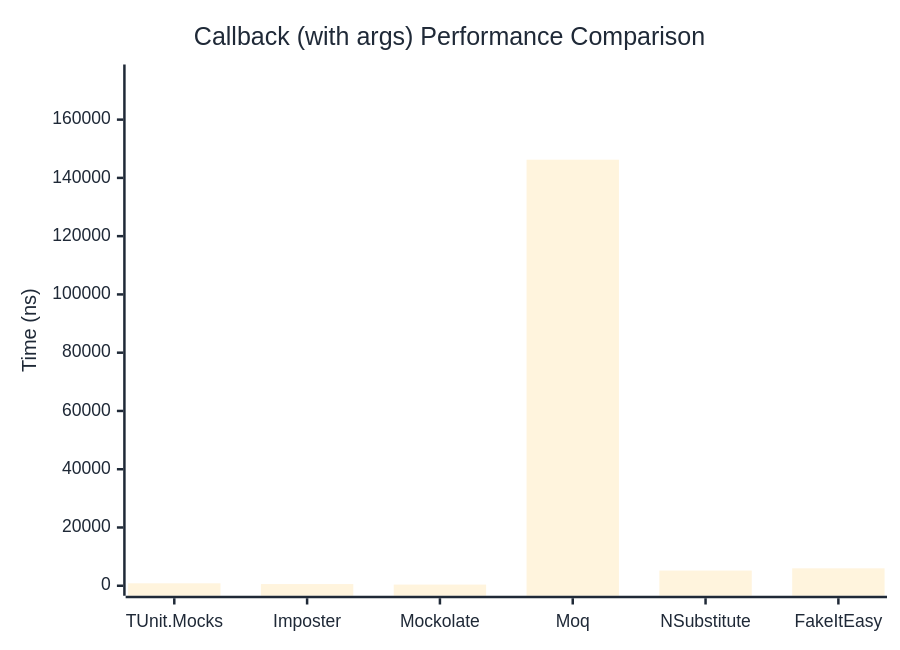
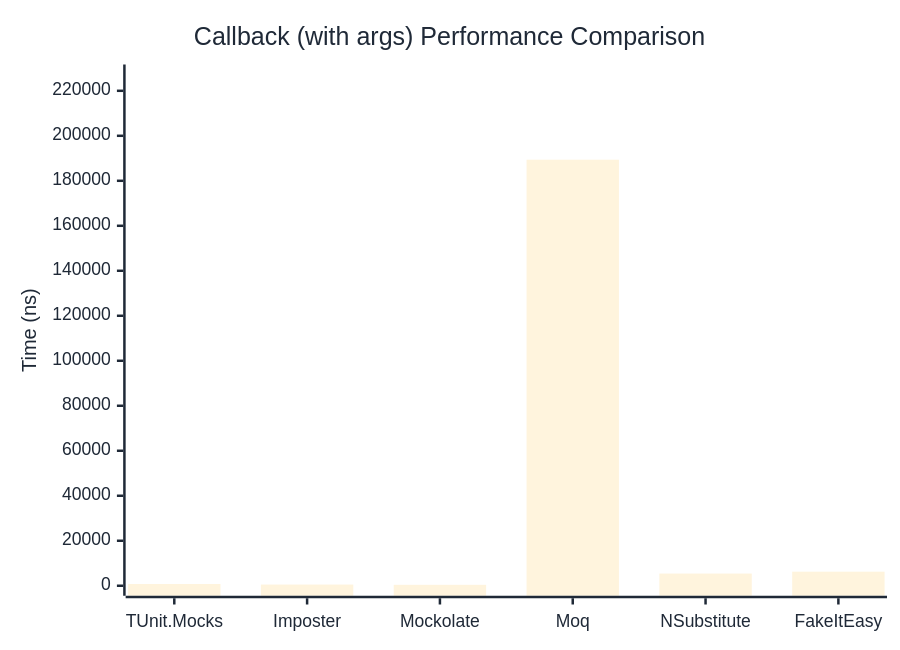
Before and after one commit to thomhurst/TUnit: the second of 2 diagrams in docs/docs/benchmarks/mocks/Callback.md, drawn with Mermaid. The commit also changed other lines of this file and 14 other files, not shown here.

````diff
--- a/docs/docs/benchmarks/mocks/Callback.md
+++ b/docs/docs/benchmarks/mocks/Callback.md
@@ -71,27 +71,27 @@
 ```mermaid
 %%{init: {
   'theme':'base',
   'themeVariables': {
     'primaryColor': '#2563eb',
     'primaryTextColor': '#1f2937',
     'primaryBorderColor': '#1e40af',
     'lineColor': '#6b7280',
     'secondaryColor': '#7c3aed',
     'tertiaryColor': '#dc2626',
     'background': '#ffffff',
     'pie1': '#2563eb',
     'pie2': '#7c3aed',
     'pie3': '#dc2626',
     'pie4': '#f59e0b',
     'pie5': '#10b981',
     'pie6': '#06b6d4',
     'pie7': '#ec4899',
     'pie8': '#6366f1'
   }
 }}%%
 xychart-beta
   title "Callback (with args) Performance Comparison"
   x-axis ["TUnit.Mocks", "Imposter", "Mockolate", "Moq", "NSubstitute", "FakeItEasy"]
-  y-axis "Time (ns)" 0 --> 175490
-  bar [841.9, 578.5, 402.5, 146241.2, 5212.4, 5982.4]
+  y-axis "Time (ns)" 0 --> 227244
+  bar [771.3, 531.6, 408, 189369.4, 5414.4, 6254.9]
 ```
````
